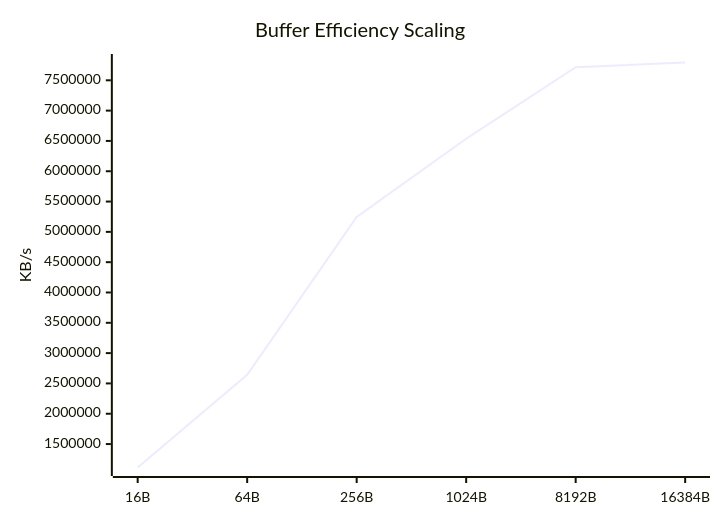
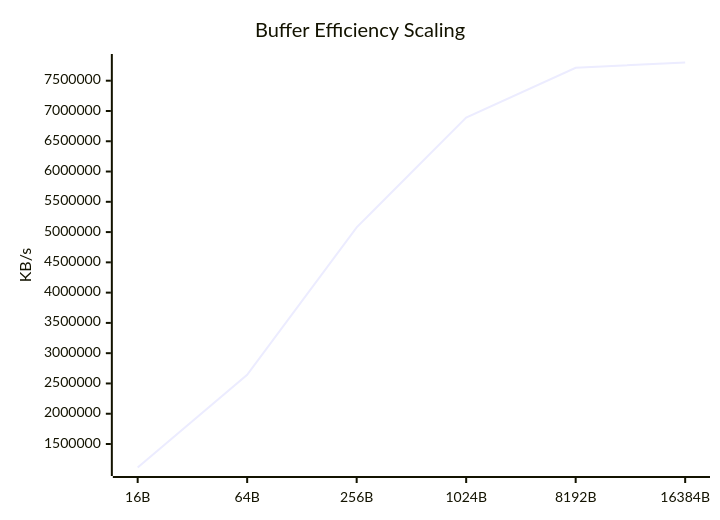
Before and after one commit to taha2samy/openssl_fips: the eighth of 9 diagrams in docs/Comparison_Report.md, drawn with Mermaid. The commit also changed other lines of this file and 2 other files, not shown here.

````diff
--- a/docs/Comparison_Report.md
+++ b/docs/Comparison_Report.md
@@ -118,7 +118,7 @@
 ```mermaid
 xychart-beta
     title "Buffer Efficiency Scaling"
     x-axis [16B, 64B, 256B, 1024B, 8192B, 16384B]
     y-axis "KB/s"
-    line [1113179.94, 2641726.34, 5244421.25, 6536078.34, 7715008.51, 7793704.96]
+    line [1112088.46, 2643482.69, 5078371.07, 6890775.04, 7713423.36, 7800651.78]
 ```
````
